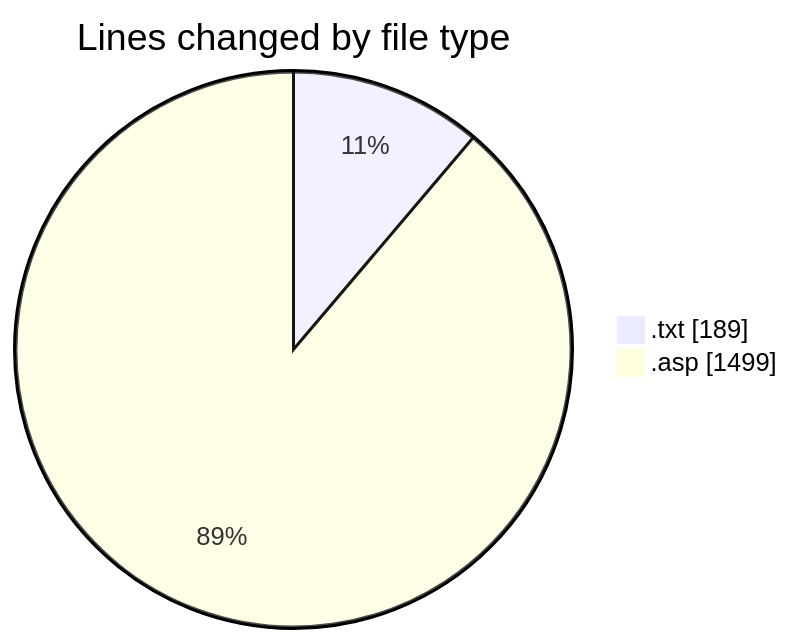
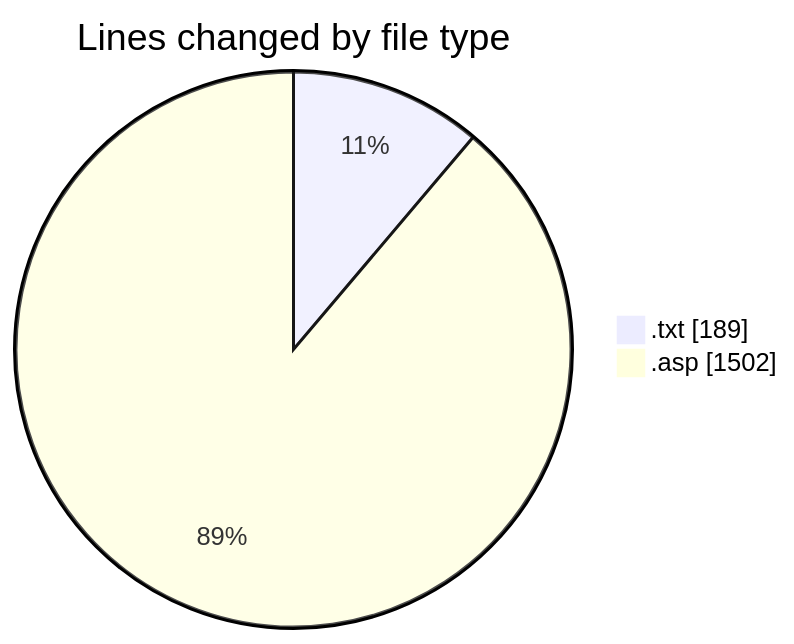
One commit to julien-gomy/code-tracking changed the first of 2 diagrams in 2025-11-07/cdp_aleoudev_fr__workspace_/README.md. Above: the diagram before and after it, drawn with Mermaid. The commit also changed other lines of this file and 1 other file, not shown here.

````diff
--- a/2025-11-07/cdp_aleoudev_fr__workspace_/README.md
+++ b/2025-11-07/cdp_aleoudev_fr__workspace_/README.md
@@ -22,6 +22,6 @@
 ```mermaid
 pie showData
 title Lines changed by file type
 ".txt" : 189
-".asp" : 1499
+".asp" : 1502
 ```
````
